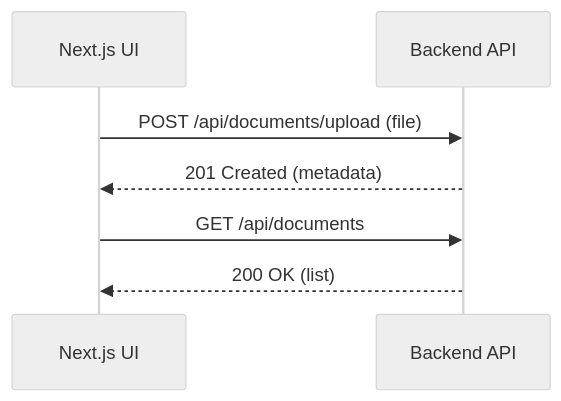
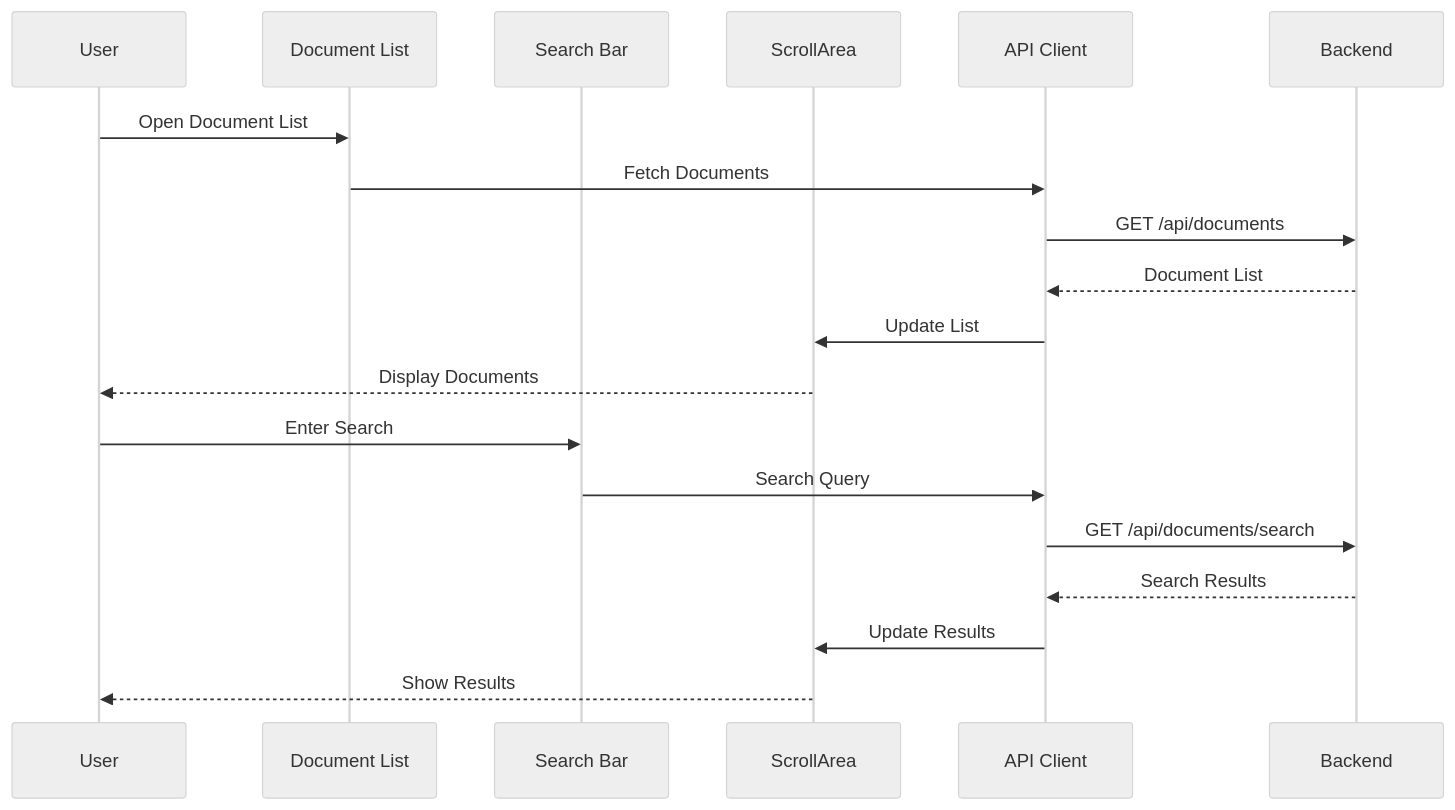
Before and after one commit to Subramanian-Thiagarajan/insurance-chatbot-frontend: the second of 2 diagrams in README.md, drawn with Mermaid (neutral theme). The commit also changed other lines of this file and 1 other file, not shown here.

Commit message:
Included status field for document processing

````diff
--- a/README.md
+++ b/README.md
@@ -40,9 +134,23 @@
 ```mermaid
 sequenceDiagram
-  participant UI as Next.js UI
-  participant API as Backend API
-  UI->>API: POST /api/documents/upload (file)
-  API-->>UI: 201 Created (metadata)
-  UI->>API: GET /api/documents
-  API-->>UI: 200 OK (list)
+    participant U as User
+    participant L as Document List
+    participant S as Search Bar
+    participant SA as ScrollArea
+    participant A as API Client
+    participant B as Backend
+
+    U->>L: Open Document List
+    L->>A: Fetch Documents
+    A->>B: GET /api/documents
+    B-->>A: Document List
+    A->>SA: Update List
+    SA-->>U: Display Documents
+
+    U->>S: Enter Search
+    S->>A: Search Query
+    A->>B: GET /api/documents/search
+    B-->>A: Search Results
+    A->>SA: Update Results
+    SA-->>U: Show Results
 ```
````
